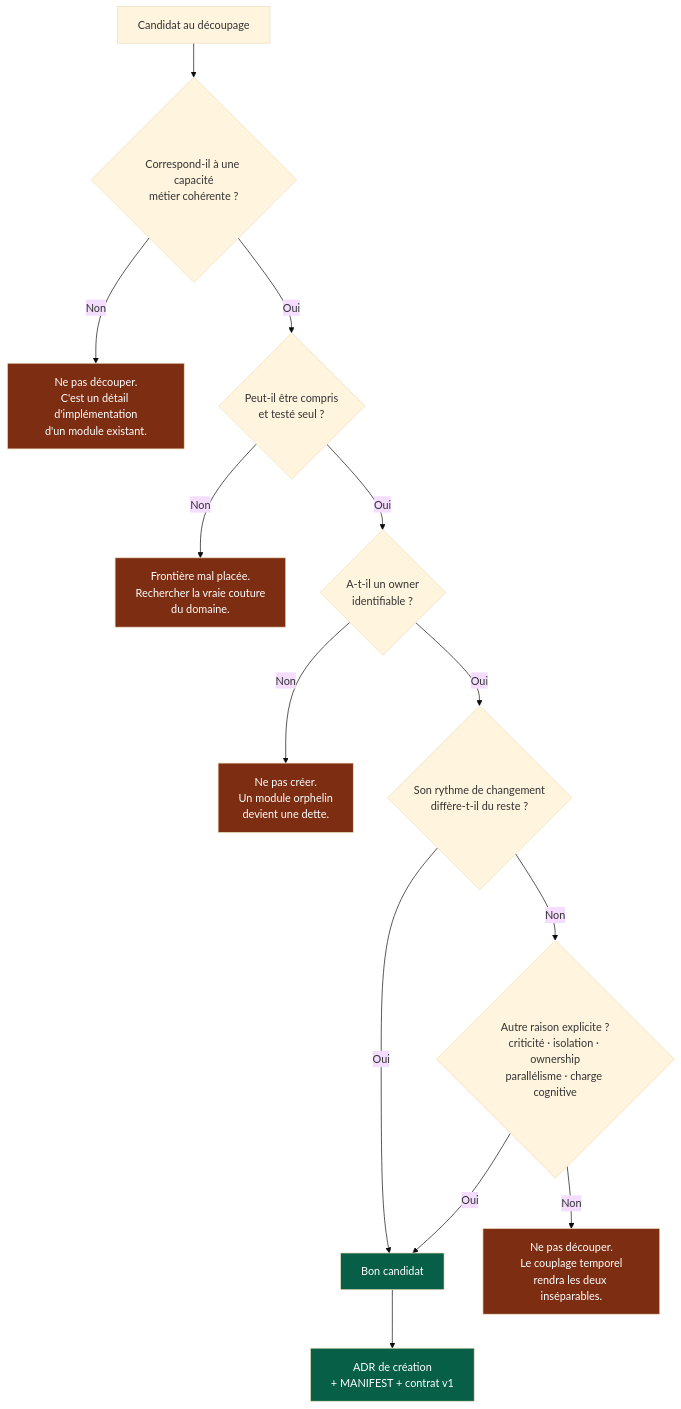
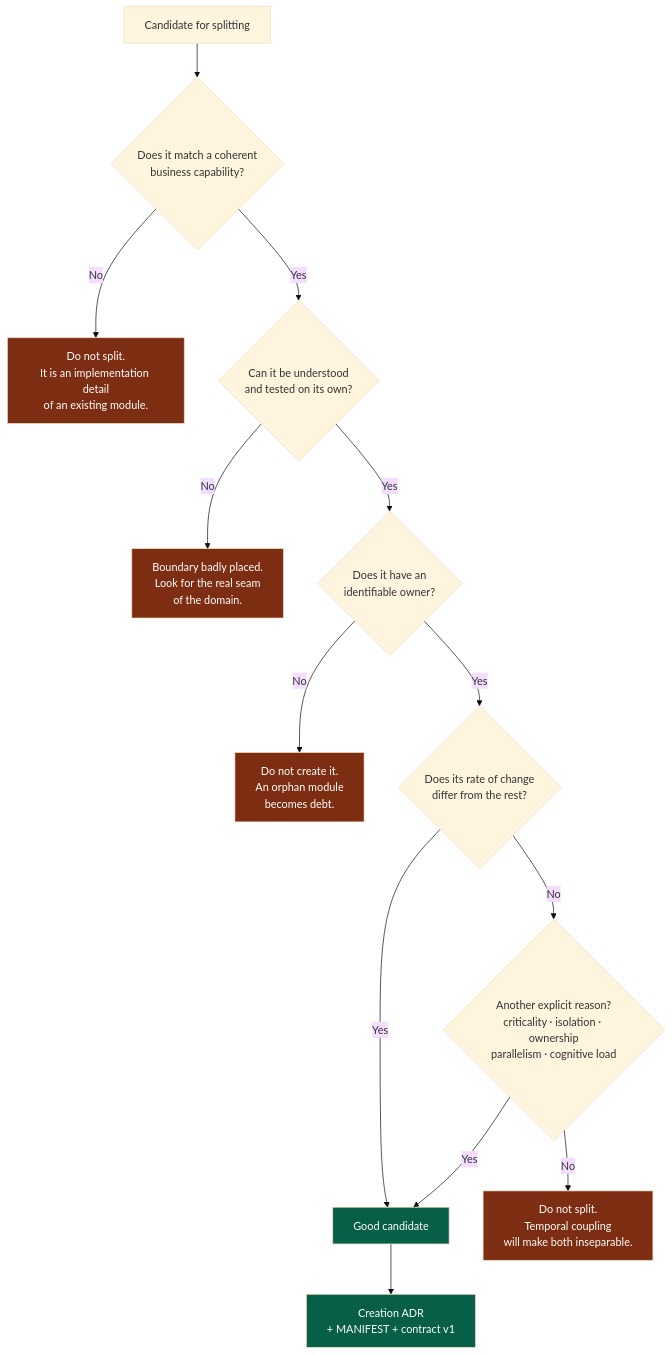
Before and after one commit to NapkinStack/engineering-os: the second of 5 diagrams in skeleton/docs/os/02-modules.md, drawn with Mermaid (base theme). The commit also changed other lines of this file and 87 other files, not shown here.

````diff
--- a/skeleton/docs/os/02-modules.md
+++ b/skeleton/docs/os/02-modules.md
@@ -92,27 +94,27 @@
 ```mermaid
 flowchart TD
-    A["Candidat au découpage"] --> B{"Correspond-il à une capacité<br/>métier cohérente ?"}
-    B -->|Non| B1["Ne pas découper.<br/>C'est un détail d'implémentation<br/>d'un module existant."]
-    B -->|Oui| C{"Peut-il être compris<br/>et testé seul ?"}
+    A["Candidate for splitting"] --> B{"Does it match a coherent<br/>business capability?"}
+    B -->|No| B1["Do not split.<br/>It is an implementation detail<br/>of an existing module."]
+    B -->|Yes| C{"Can it be understood<br/>and tested on its own?"}
 
-    C -->|Non| C1["Frontière mal placée.<br/>Rechercher la vraie couture<br/>du domaine."]
-    C -->|Oui| D{"A-t-il un owner<br/>identifiable ?"}
+    C -->|No| C1["Boundary badly placed.<br/>Look for the real seam<br/>of the domain."]
+    C -->|Yes| D{"Does it have an<br/>identifiable owner?"}
 
-    D -->|Non| D1["Ne pas créer.<br/>Un module orphelin<br/>devient une dette."]
-    D -->|Oui| E{"Son rythme de changement<br/>diffère-t-il du reste ?"}
+    D -->|No| D1["Do not create it.<br/>An orphan module<br/>becomes debt."]
+    D -->|Yes| E{"Does its rate of change<br/>differ from the rest?"}
 
-    E -->|Oui| F["Bon candidat"]
-    E -->|Non| G{"Autre raison explicite ?<br/>criticité · isolation · ownership<br/>parallélisme · charge cognitive"}
+    E -->|Yes| F["Good candidate"]
+    E -->|No| G{"Another explicit reason?<br/>criticality · isolation · ownership<br/>parallelism · cognitive load"}
 
-    G -->|Oui| F
-    G -->|Non| G1["Ne pas découper.<br/>Le couplage temporel<br/>rendra les deux inséparables."]
+    G -->|Yes| F
+    G -->|No| G1["Do not split.<br/>Temporal coupling<br/>will make both inseparable."]
 
-    F --> H["ADR de création<br/>+ MANIFEST + contrat v1"]
+    F --> H["Creation ADR<br/>+ MANIFEST + contract v1"]
 
     style F fill:#065f46,color:#fff
     style H fill:#065f46,color:#fff
     style B1 fill:#7c2d12,color:#fff
     style C1 fill:#7c2d12,color:#fff
     style D1 fill:#7c2d12,color:#fff
     style G1 fill:#7c2d12,color:#fff
 ```
````
